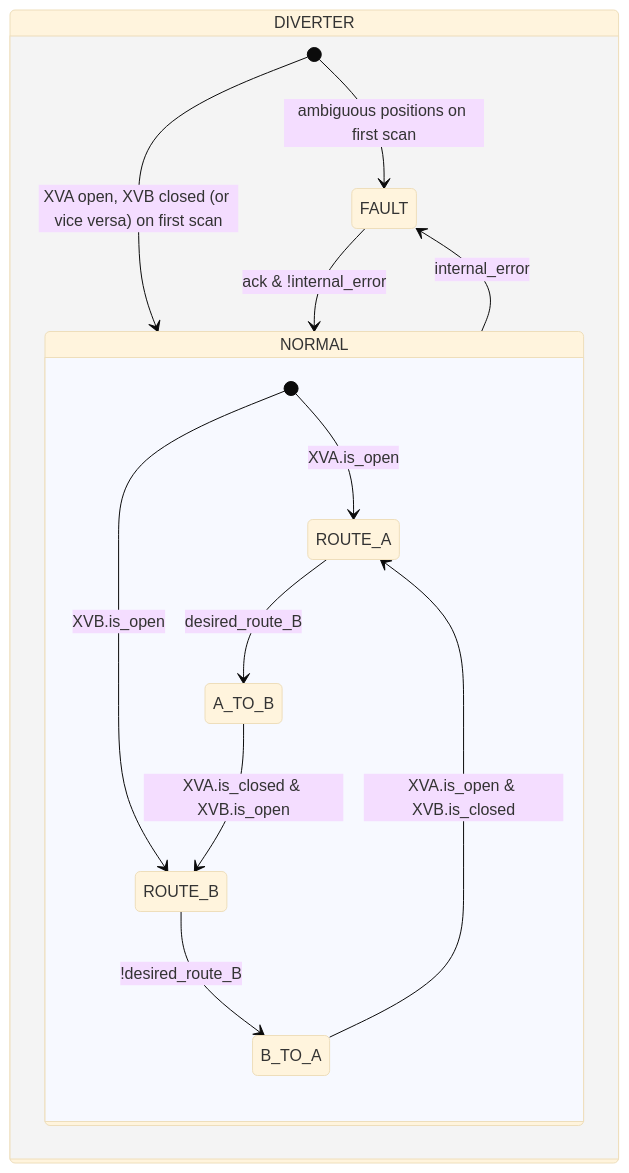
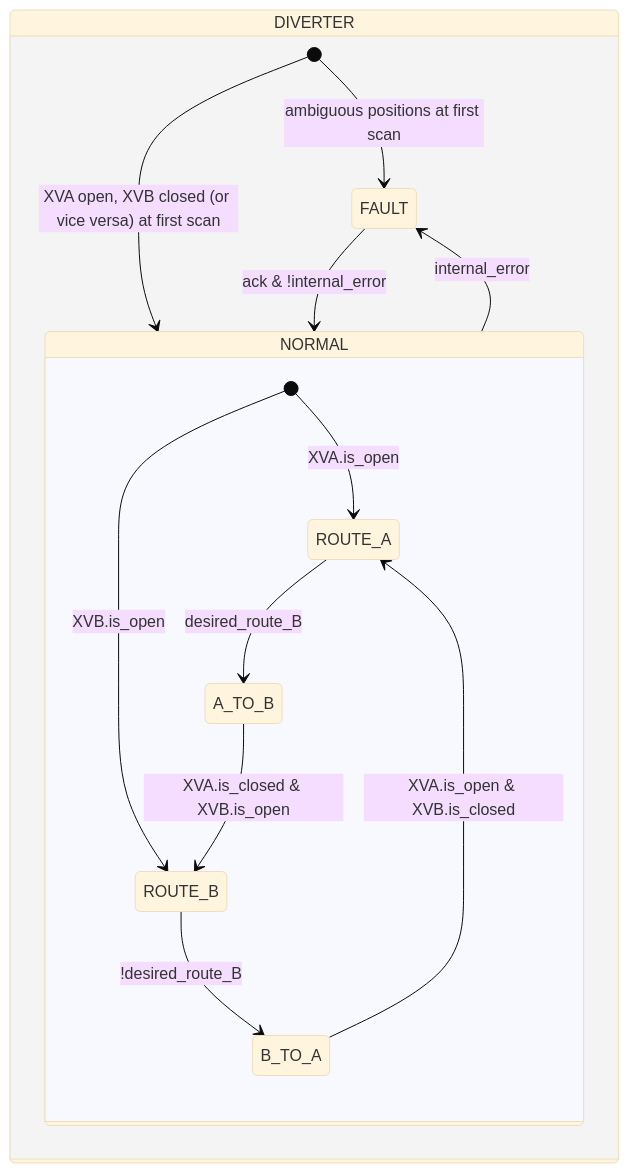
One commit to AleFire99/TIA_knowledge changed the second of 2 diagrams in docs/en/library/diverters/pinch_type/index.md. Above: the diagram before and after it, drawn with Mermaid (base theme). The commit also changed other lines of this file and 27 other files, not shown here.

````diff
--- a/docs/en/library/diverters/pinch_type/index.md
+++ b/docs/en/library/diverters/pinch_type/index.md
@@ -57,21 +93,21 @@
 ```mermaid
 stateDiagram-v2
 state DIVERTER{
-    [*] --> NORMAL : XVA open, XVB closed (or vice versa) on first scan
-    [*] --> FAULT : ambiguous positions on first scan
+    [*] --> NORMAL : XVA open, XVB closed (or vice versa) at first scan
+    [*] --> FAULT : ambiguous positions at first scan
 
     NORMAL --> FAULT : internal_error
     FAULT --> NORMAL : ack & !internal_error
 
     state NORMAL {
         [*] --> ROUTE_A : XVA.is_open
         [*] --> ROUTE_B : XVB.is_open
 
         ROUTE_A --> A_TO_B : desired_route_B
         A_TO_B --> ROUTE_B : XVA.is_closed & XVB.is_open
 
         ROUTE_B --> B_TO_A : !desired_route_B
         B_TO_A --> ROUTE_A : XVA.is_open & XVB.is_closed
     }
 }
 ```
````
